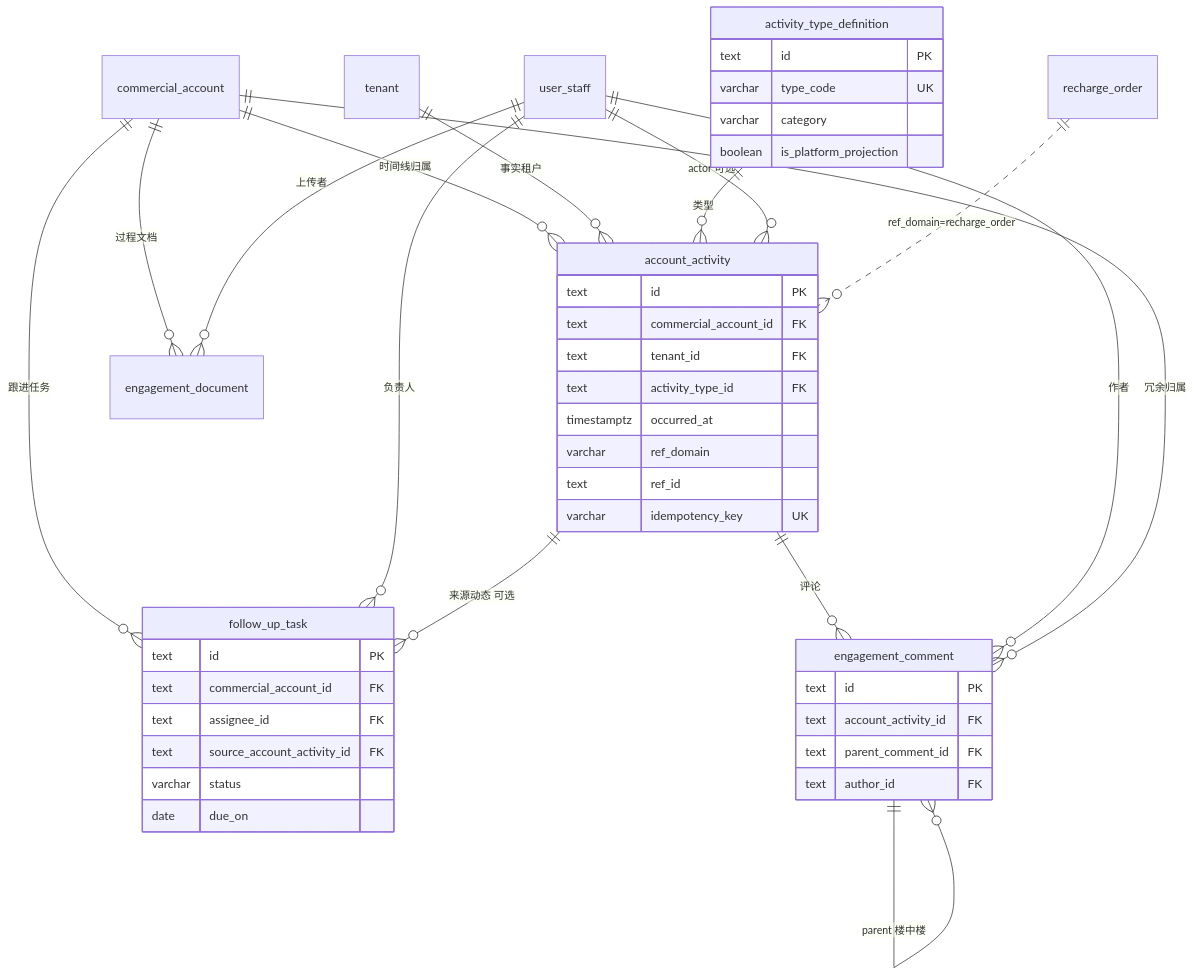
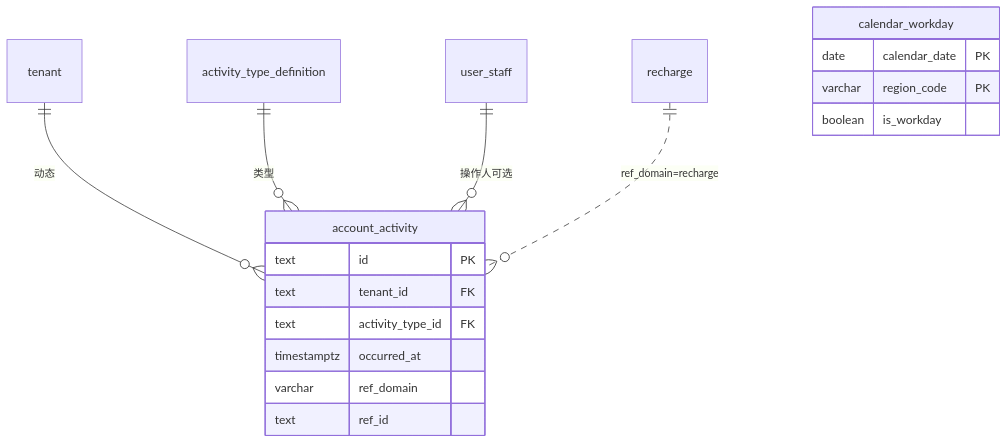
Before and after one commit to metacode0602/opencomfy-hub: the third of 3 diagrams in apps/web/content/design/crm-database.md, drawn with Mermaid. The commit also changed other lines of this file and 62 other files, not shown here.

````diff
--- a/apps/web/content/design/crm-database.md
+++ b/apps/web/content/design/crm-database.md
@@ -477,55 +605,22 @@
 ```mermaid
 erDiagram
-  commercial_account ||--o{ account_activity : "时间线归属"
-  tenant ||--o{ account_activity : "事实租户"
+  tenant ||--o{ account_activity : "动态"
   activity_type_definition ||--o{ account_activity : "类型"
-  user_staff ||--o{ account_activity : "actor 可选"
-
-  commercial_account ||--o{ engagement_document : "过程文档"
-  user_staff ||--o{ engagement_document : "上传者"
-
-  commercial_account ||--o{ follow_up_task : "跟进任务"
-  user_staff ||--o{ follow_up_task : "负责人"
-  account_activity ||--o{ follow_up_task : "来源动态 可选"
-
-  account_activity ||--o{ engagement_comment : "评论"
-  engagement_comment ||--o{ engagement_comment : "parent 楼中楼"
-  user_staff ||--o{ engagement_comment : "作者"
-  commercial_account ||--o{ engagement_comment : "冗余归属"
-
-  recharge_order ||..o{ account_activity : "ref_domain=recharge_order"
-
-  activity_type_definition {
-    text id PK
-    varchar type_code UK
-    varchar category
-    boolean is_platform_projection
-  }
+  user_staff ||--o{ account_activity : "操作人可选"
+  recharge ||..o{ account_activity : "ref_domain=recharge"
 
   account_activity {
     text id PK
-    text commercial_account_id FK
     text tenant_id FK
     text activity_type_id FK
     timestamptz occurred_at
     varchar ref_domain
     text ref_id
-    varchar idempotency_key UK
   }
 
-  follow_up_task {
-    text id PK
-    text commercial_account_id FK
-    text assignee_id FK
-    text source_account_activity_id FK
-    varchar status
-    date due_on
-  }
-
-  engagement_comment {
-    text id PK
-    text account_activity_id FK
-    text parent_comment_id FK
-    text author_id FK
+  calendar_workday {
+    date calendar_date PK
+    varchar region_code PK
+    boolean is_workday
   }
 ```
````
